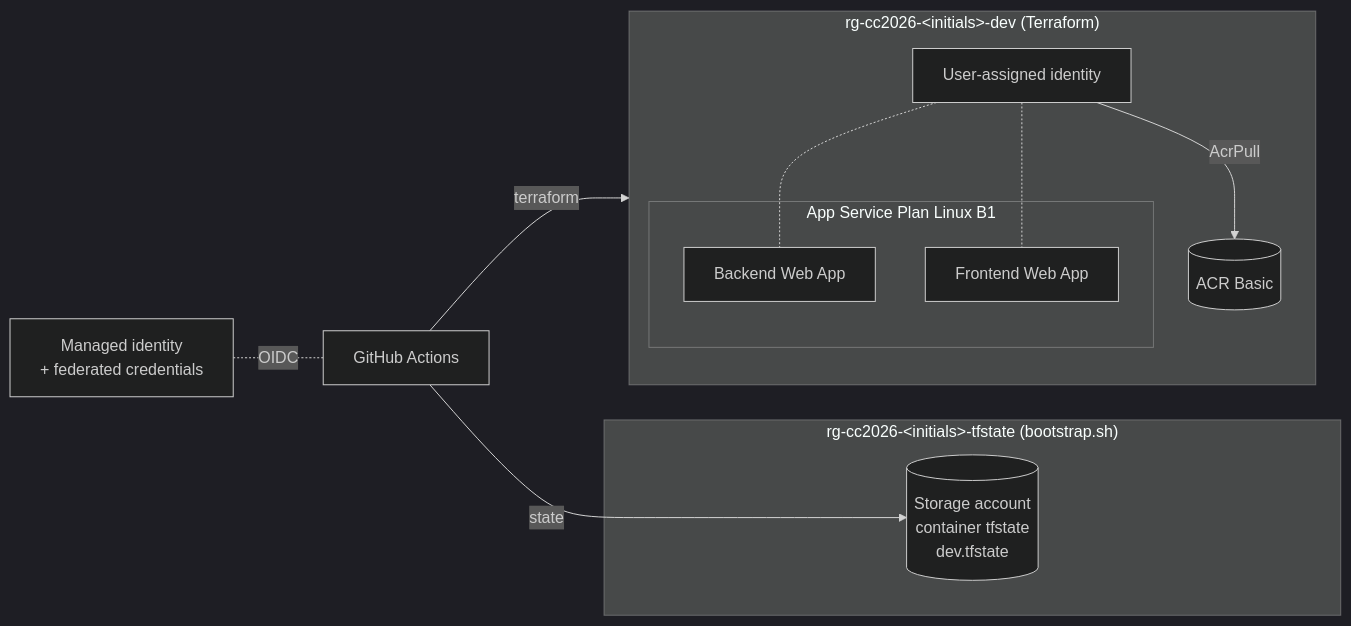
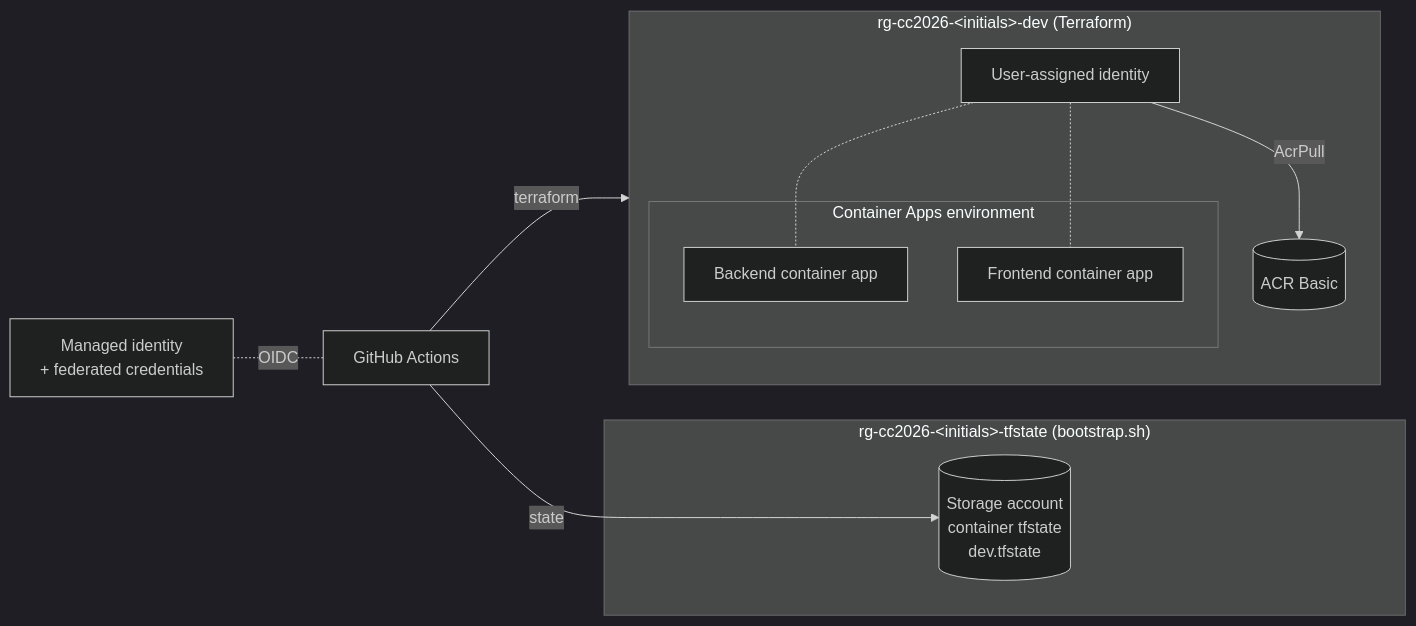
The diagram in README.md (agi1clj/CC2026_DS_Infra), drawn with Mermaid (dark theme) before and after one commit. The commit also changed other lines of this file and 20 other files, not shown here.

First line of the commit message:
feat(hosting): run the apps on Azure Container Apps by default

````diff
--- a/README.md
+++ b/README.md
@@ -10,18 +10,18 @@
 ```mermaid
 flowchart LR
     subgraph state["rg-cc2026-&lt;initials&gt;-tfstate (bootstrap.sh)"]
         sa[(Storage account<br/>container tfstate<br/>dev.tfstate)]
     end
     subgraph app["rg-cc2026-&lt;initials&gt;-dev (Terraform)"]
         acr[(ACR Basic)]
         id[User-assigned identity] -- AcrPull --> acr
-        subgraph asp["App Service Plan Linux B1"]
-            be[Backend Web App]
-            fe[Frontend Web App]
+        subgraph cae["Container Apps environment"]
+            be[Backend container app]
+            fe[Frontend container app]
         end
         id -.- be & fe
     end
     entra[Managed identity<br/>+ federated credentials] -. OIDC .- gh[GitHub Actions]
     gh -- terraform --> app
     gh -- state --> sa
 ```
````
